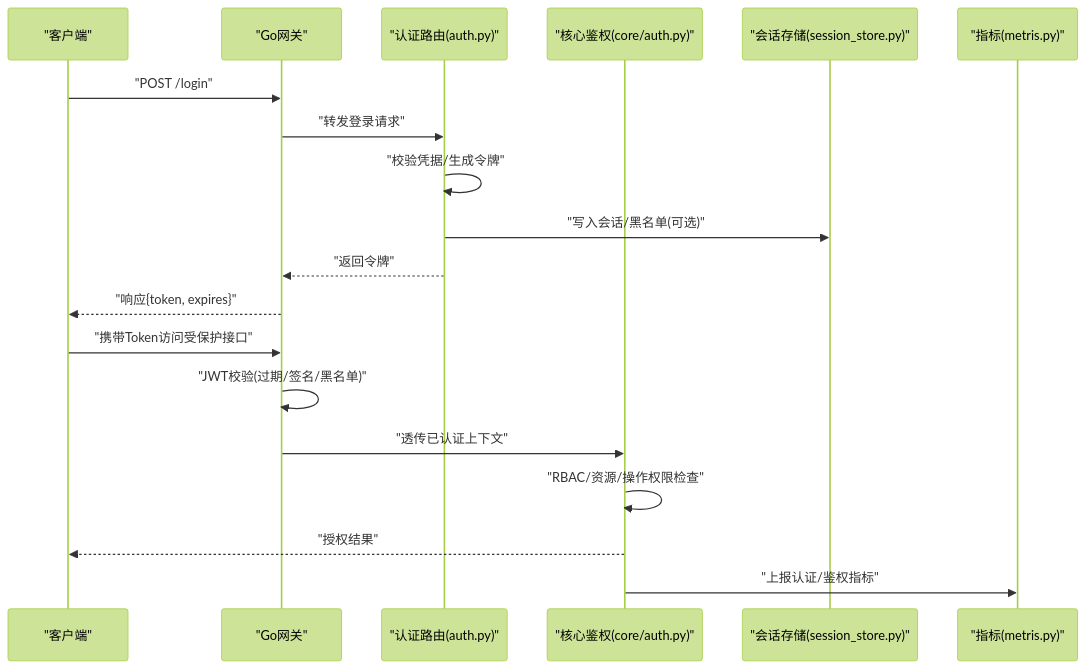
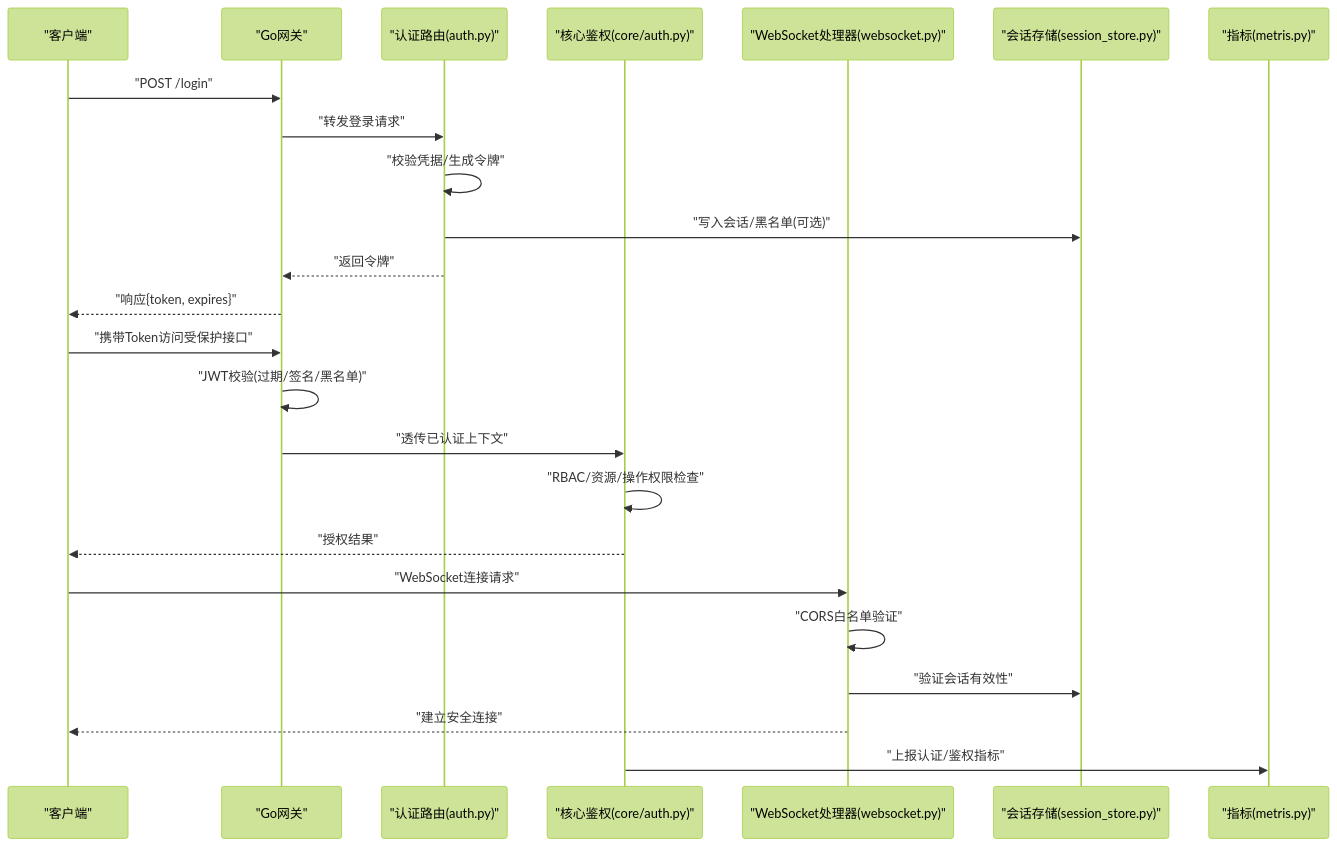
Before and after one commit to zmdhdu/NexusCockpit: the second of 6 diagrams in .qoder/repowiki/zh/content/系统架构设计/API架构/API安全与认证.md, drawn with Mermaid (forest theme). The commit also changed other lines of this file and 23 other files, not shown here.

````diff
--- a/.qoder/repowiki/zh/content/系统架构设计/API架构/API安全与认证.md
+++ b/.qoder/repowiki/zh/content/系统架构设计/API架构/API安全与认证.md
@@ -110,21 +128,26 @@
 ```mermaid
 sequenceDiagram
 participant C as "客户端"
 participant GW as "Go网关"
 participant AUTH as "认证路由(auth.py)"
 participant CORE as "核心鉴权(core/auth.py)"
+participant WS as "WebSocket处理器(websocket.py)"
 participant SESS as "会话存储(session_store.py)"
 participant MET as "指标(metris.py)"
 C->>GW : "POST /login"
 GW->>AUTH : "转发登录请求"
 AUTH->>AUTH : "校验凭据/生成令牌"
 AUTH->>SESS : "写入会话/黑名单(可选)"
 AUTH-->>GW : "返回令牌"
 GW-->>C : "响应{token, expires}"
 C->>GW : "携带Token访问受保护接口"
 GW->>GW : "JWT校验(过期/签名/黑名单)"
 GW->>CORE : "透传已认证上下文"
 CORE->>CORE : "RBAC/资源/操作权限检查"
 CORE-->>C : "授权结果"
+C->>WS : "WebSocket连接请求"
+WS->>WS : "CORS白名单验证"
+WS->>SESS : "验证会话有效性"
+WS-->>C : "建立安全连接"
 CORE->>MET : "上报认证/鉴权指标"
 ```
````
